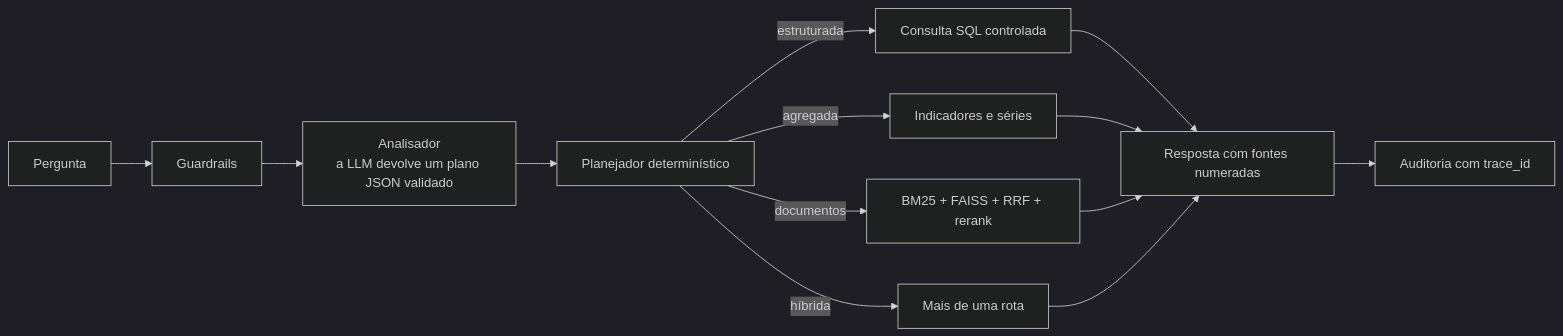
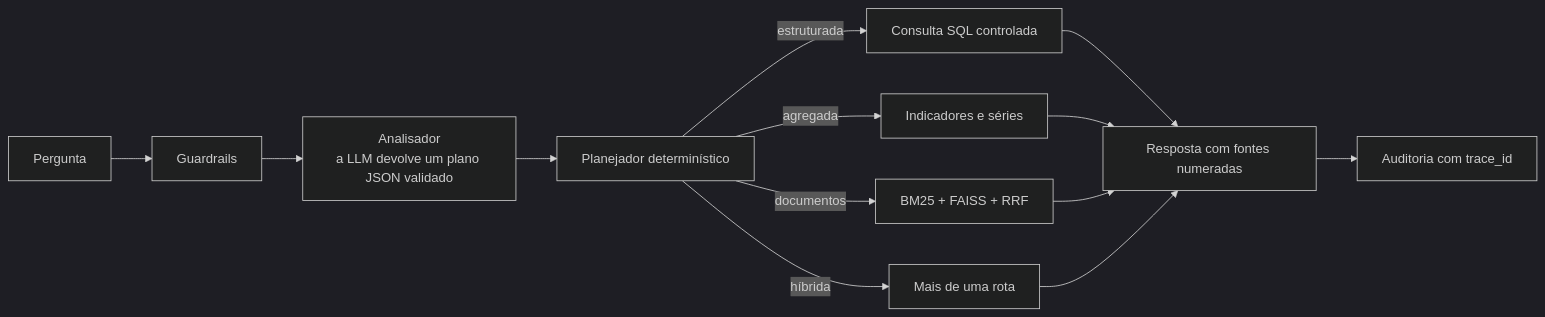
Before and after one commit to EsterNevess/rag-multicenario: the diagram in README.md, drawn with Mermaid (dark theme). The commit also changed other lines of this file and 4 other files, not shown here.

````diff
--- a/README.md
+++ b/README.md
@@ -36,15 +38,15 @@
 ```mermaid
 flowchart LR
     P[Pergunta] --> G[Guardrails]
     G --> A[Analisador<br/>a LLM devolve um plano JSON validado]
     A --> R[Planejador determinístico]
     R -->|estruturada| S[Consulta SQL controlada]
     R -->|agregada| AG[Indicadores e séries]
-    R -->|documentos| D[BM25 + FAISS + RRF + rerank]
+    R -->|documentos| D[BM25 + FAISS + RRF]
     R -->|híbrida| H[Mais de uma rota]
     S --> O[Resposta com fontes numeradas]
     AG --> O
     D --> O
     H --> O
     O --> T[Auditoria com trace_id]
 ```
````
